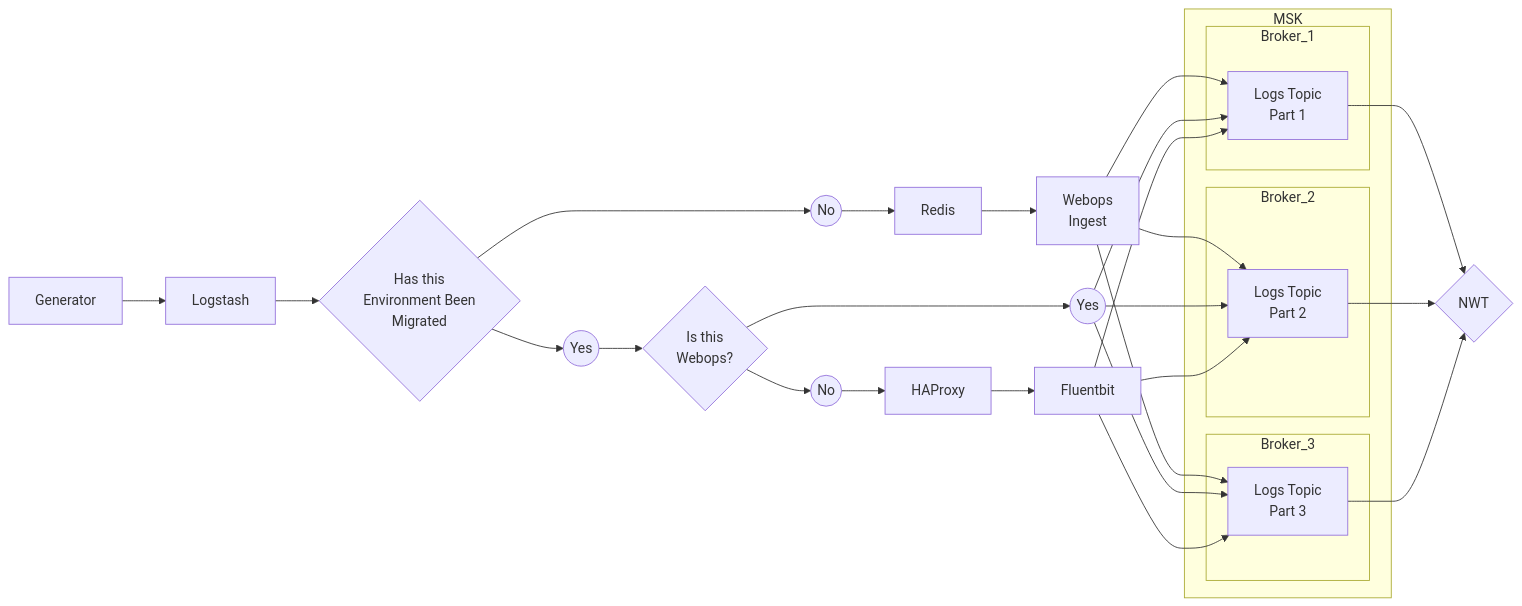
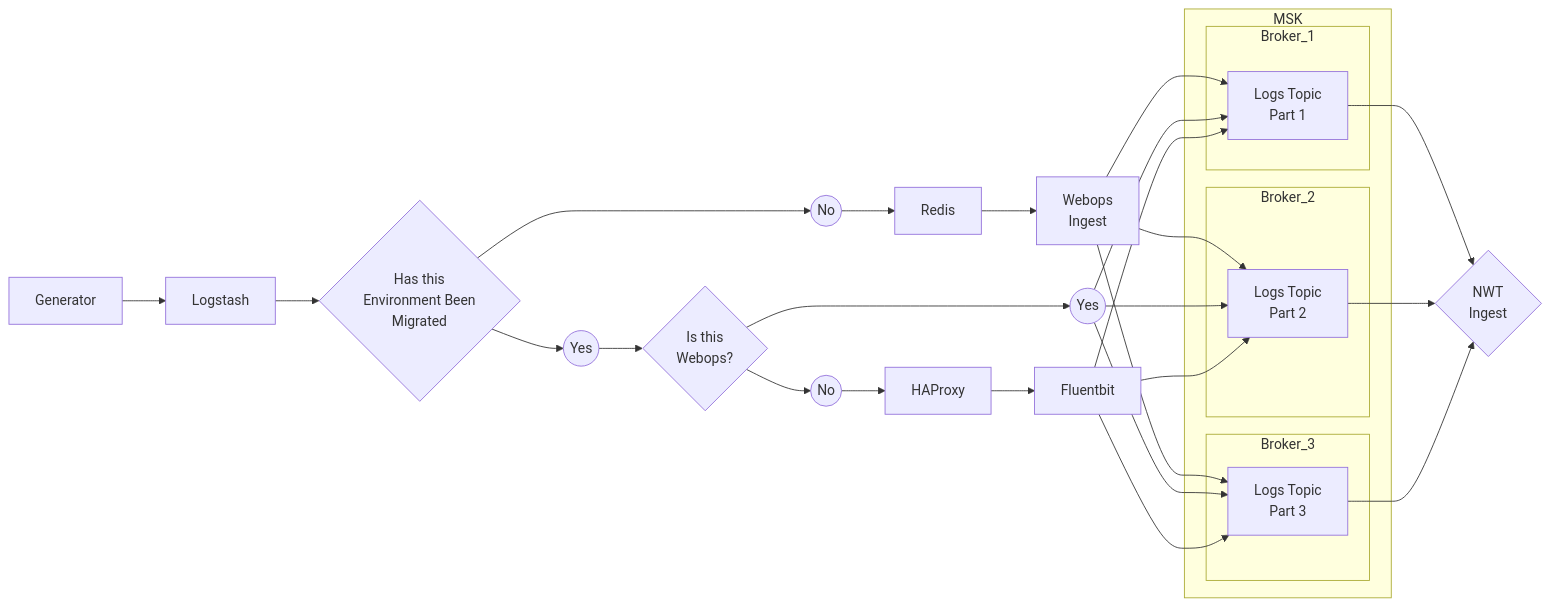
One commit to Saskia-MDTP/can-hedgehogs-fly changed the second of 2 diagrams in README.md. Above: the diagram before and after it, drawn with Mermaid.

````diff
--- a/README.md
+++ b/README.md
@@ -15,36 +15,36 @@
 ```mermaid
   graph LR;
       subgraph MSK
           subgraph Broker_1
               P1[Logs Topic<br/>Part 1];
            end
           subgraph Broker_2
               P2[Logs Topic<br/>Part 2];
            end
           subgraph Broker_3
               P3[Logs Topic<br/>Part 3];
            end
        end
    Generator-->Logstash;
    Logstash-->Q1{Has this<br/>Environment Been<br/>Migrated};
    Q1-->Y1((Yes));
    Q1-->N1((No));
    N1-->Redis-->I1[Webops<br/>Ingest];
    I1-->P1;
    I1-->P2;
    I1-->P3;
    Y1-->Q2{Is this<br/>Webops?};
    Q2-->Y2((Yes));
    Q2-->N2((No));
    Y2-->P1;
    Y2-->P2;
    Y2-->P3;
    N2-->HAProxy-->Fluentbit;
    Fluentbit-->P1;
    Fluentbit-->P2;
    Fluentbit-->P3;
-   I2{NWT<br/>};
+   I2{NWT<br/>Ingest};
    P1-->I2;
    P2-->I2;
    P3-->I2;
 ```
````
